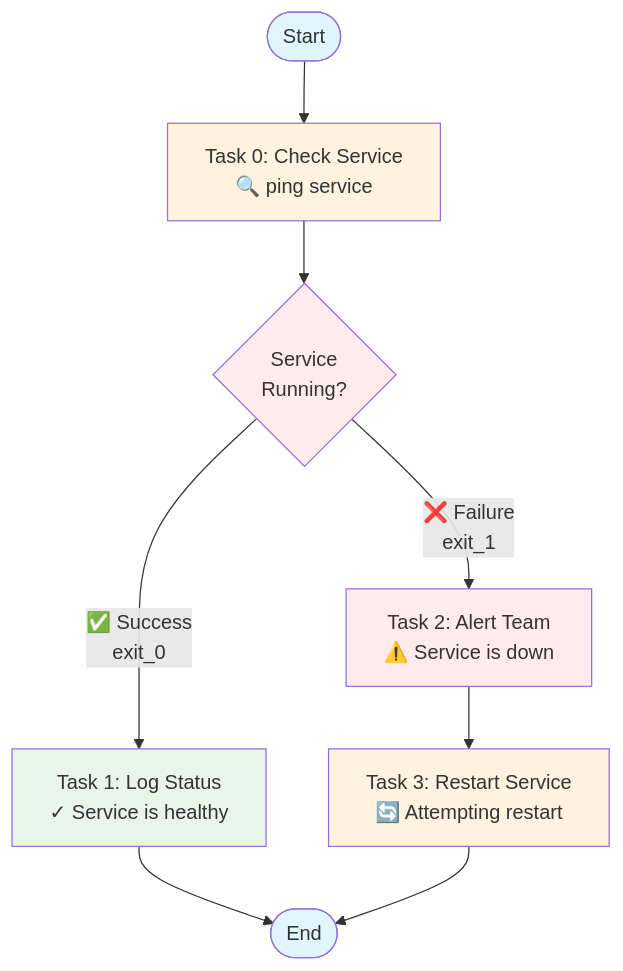
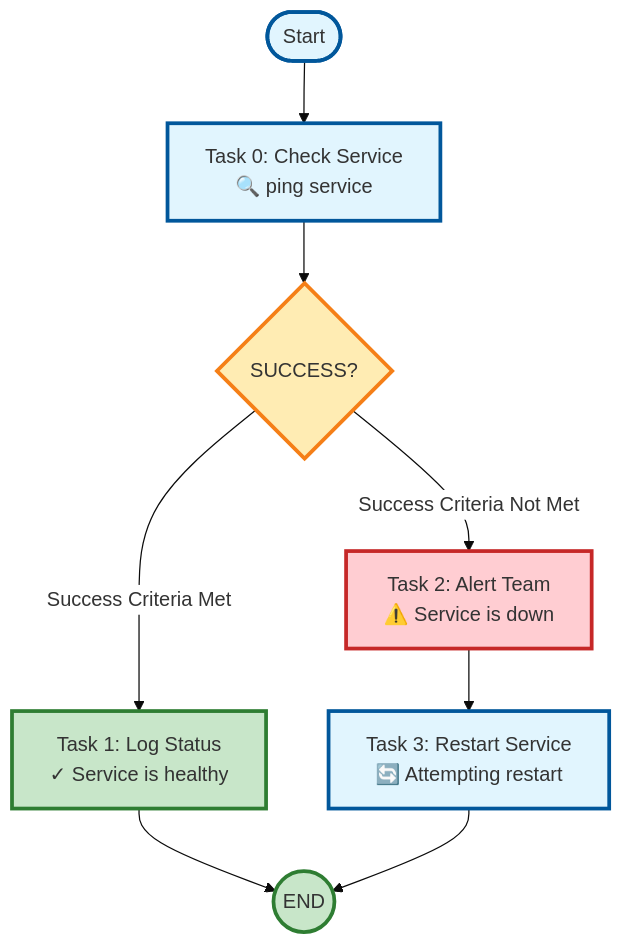
One commit to bastelbude1/Tasker changed the first of 4 diagrams in README.md. Above: the diagram before and after it, drawn with Mermaid. The commit also changed other lines of this file, not shown here.

First line of the commit message:
Fix: Standardize all graph colors and styling to match TaskER_FlowChart.md

````diff
--- a/README.md
+++ b/README.md
@@ -9,20 +9,21 @@
 ```mermaid
-graph TD
+%%{init: {'theme':'base', 'themeVariables': {'primaryColor':'#ffffff'}}}%%
+flowchart TD
     Start([Start]) --> T0[Task 0: Check Service<br/>🔍 ping service]
-    T0 --> Check{Service<br/>Running?}
+    T0 --> Check{SUCCESS?}
 
-    Check -->|✅ Success<br/>exit_0| T1[Task 1: Log Status<br/>✓ Service is healthy]
-    Check -->|❌ Failure<br/>exit_1| T2[Task 2: Alert Team<br/>⚠️ Service is down]
+    Check -->|Success Criteria Met| T1[Task 1: Log Status<br/>✓ Service is healthy]
+    Check -->|Success Criteria Not Met| T2[Task 2: Alert Team<br/>⚠️ Service is down]
 
-    T1 --> End([End])
+    T1 --> End((END))
     T2 --> T3[Task 3: Restart Service<br/>🔄 Attempting restart]
     T3 --> End
 
-    style Start fill:#e1f5fe
-    style T0 fill:#fff3e0
-    style Check fill:#ffebee
-    style T1 fill:#e8f5e8
-    style T2 fill:#ffebee
-    style T3 fill:#fff3e0
-    style End fill:#e1f5fe
+    style Start fill:#e1f5fe,stroke:#01579b,stroke-width:3px
+    style T0 fill:#e1f5fe,stroke:#01579b,stroke-width:3px
+    style Check fill:#ffecb3,stroke:#f57f17,stroke-width:3px
+    style T1 fill:#c8e6c9,stroke:#2e7d32,stroke-width:3px
+    style T2 fill:#ffcdd2,stroke:#c62828,stroke-width:3px
+    style T3 fill:#e1f5fe,stroke:#01579b,stroke-width:3px
+    style End fill:#c8e6c9,stroke:#2e7d32,stroke-width:3px
 ```
````
